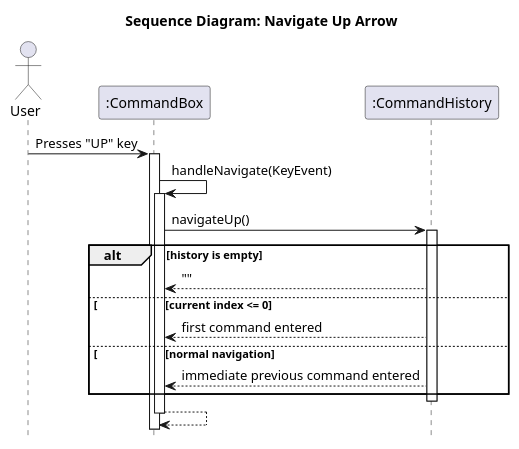
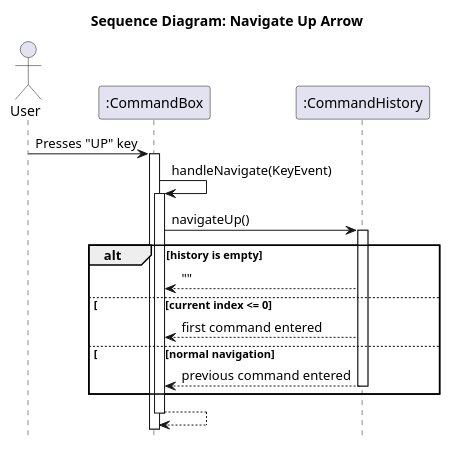
The diagram in docs/diagrams/CommandHistorySequenceDiagram.puml (bingmybongg/tp), drawn with PlantUML before and after one commit. The commit also changed 9 other files, not shown here.

```diff
--- a/docs/diagrams/CommandHistorySequenceDiagram.puml
+++ b/docs/diagrams/CommandHistorySequenceDiagram.puml
@@ -1,31 +1,32 @@
 @startuml
 skinparam shadowing false
+
 hide footbox
 
 title Sequence Diagram: Navigate Up Arrow
 
 actor User
 participant ":CommandBox" as CommandBox
 participant ":CommandHistory" as CommandHistory
 
 User -> CommandBox : Presses "UP" key
 activate CommandBox
 
 CommandBox -> CommandBox : handleNavigate(KeyEvent)
 activate CommandBox
 
 CommandBox -> CommandHistory : navigateUp()
 activate CommandHistory
 
 alt history is empty
     CommandHistory --> CommandBox : ""
 else \t\t\t [current index <= 0
     CommandHistory --> CommandBox : first command entered
 else \t\t\t [normal navigation
-    CommandHistory --> CommandBox : immediate previous command entered
+    CommandHistory --> CommandBox : previous command entered
+deactivate CommandHistory
 end
-deactivate CommandHistory
 CommandBox --> CommandBox
 deactivate CommandBox
 
 @enduml
```
